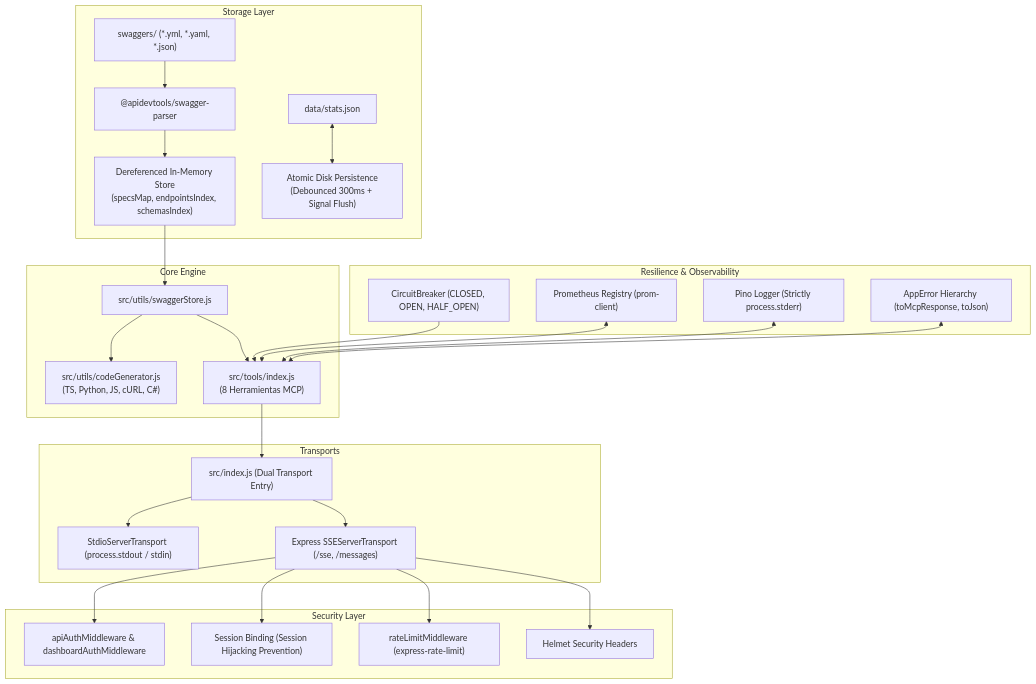
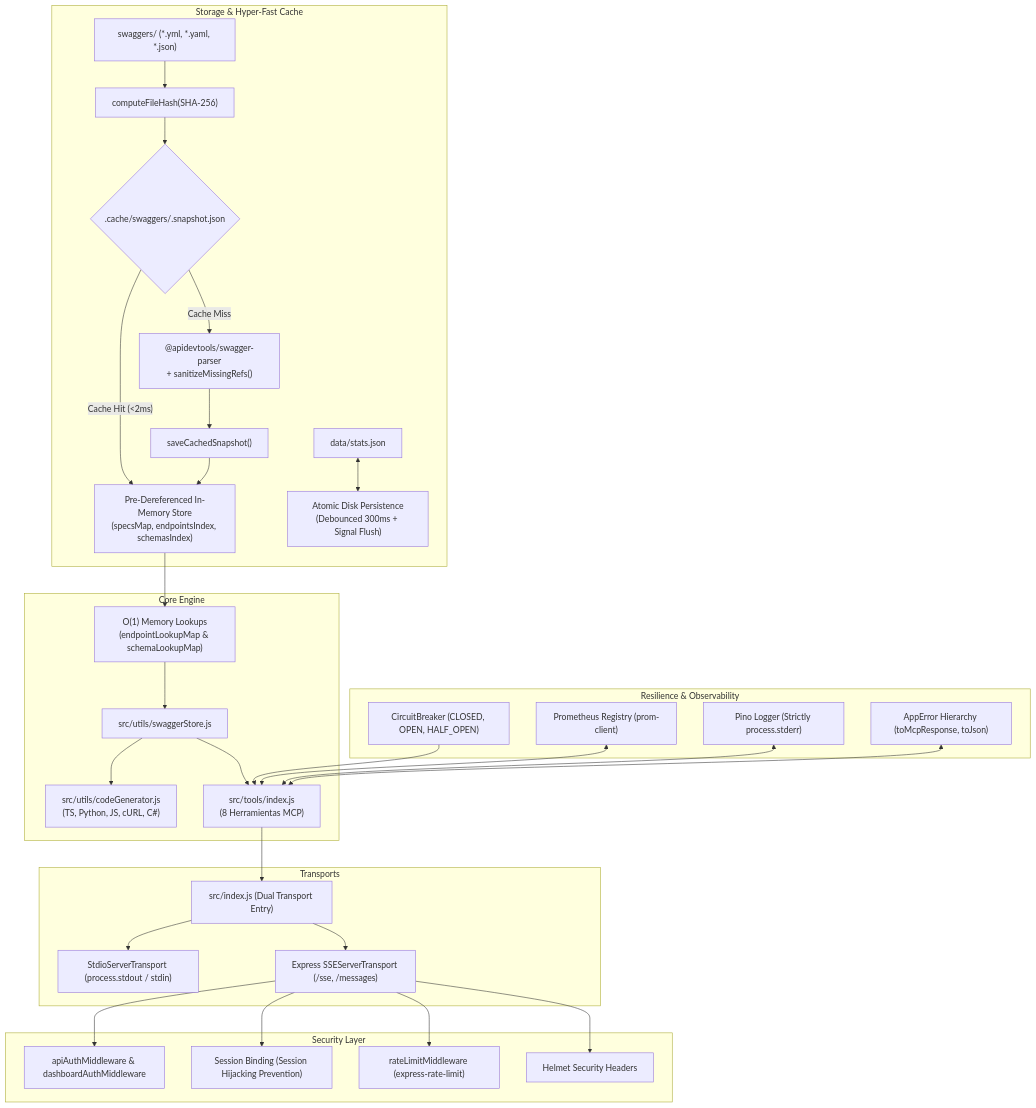
The diagram in docs/ARCHITECTURE.md (manuelperezg/mcp-docu-mid), drawn with Mermaid before and after one commit. The commit also changed 9 other files, not shown here.

Commit message:
feat: implement high-performance swagger caching system with SHA-256 snapshotting and add comprehensive API documentation guides

````diff
--- a/docs/ARCHITECTURE.md
+++ b/docs/ARCHITECTURE.md
@@ -9,34 +9,38 @@
 ```mermaid
 flowchart TD
-    subgraph Storage Layer
-        SW["swaggers/ (*.yml, *.yaml, *.json)"] --> SP["@apidevtools/swagger-parser"]
-        SP --> DEREF["Dereferenced In-Memory Store\n(specsMap, endpointsIndex, schemasIndex)"]
+    subgraph Storage & Hyper-Fast Cache
+        SW["swaggers/ (*.yml, *.yaml, *.json)"] --> HASH["computeFileHash(SHA-256)"]
+        HASH --> SNAPSHOT{".cache/swaggers/<hash>.snapshot.json"}
+        SNAPSHOT -- Cache Hit (<2ms) --> DEREF["Pre-Dereferenced In-Memory Store\n(specsMap, endpointsIndex, schemasIndex)"]
+        SNAPSHOT -- Cache Miss --> SP["@apidevtools/swagger-parser\n+ sanitizeMissingRefs()"]
+        SP --> SAVE["saveCachedSnapshot()"] --> DEREF
         STATS["data/stats.json"] <--> ATOMIC["Atomic Disk Persistence\n(Debounced 300ms + Signal Flush)"]
     end
 
     subgraph Core Engine
-        DEREF --> STORE["src/utils/swaggerStore.js"]
+        DEREF --> O1["O(1) Memory Lookups\n(endpointLookupMap & schemaLookupMap)"]
+        O1 --> STORE["src/utils/swaggerStore.js"]
         STORE --> CG["src/utils/codeGenerator.js\n(TS, Python, JS, cURL, C#)"]
         STORE --> TOOLS["src/tools/index.js\n(8 Herramientas MCP)"]
     end
 
     subgraph Resilience & Observability
         CB["CircuitBreaker (CLOSED, OPEN, HALF_OPEN)"] --> TOOLS
         METRICS["Prometheus Registry (prom-client)"] <--> TOOLS
         LOGGER["Pino Logger (Strictly process.stderr)"] <--> TOOLS
         ERR["AppError Hierarchy (toMcpResponse, toJson)"] <--> TOOLS
     end
 
     subgraph Transports
         TOOLS --> INDEX["src/index.js (Dual Transport Entry)"]
         INDEX --> STDIO["StdioServerTransport (process.stdout / stdin)"]
         INDEX --> SSE["Express SSEServerTransport (/sse, /messages)"]
     end
 
     subgraph Security Layer
         SSE --> AUTH["apiAuthMiddleware & dashboardAuthMiddleware"]
         SSE --> SB["Session Binding (Session Hijacking Prevention)"]
         SSE --> RL["rateLimitMiddleware (express-rate-limit)"]
         SSE --> HELMET["Helmet Security Headers"]
     end
 ```
````
